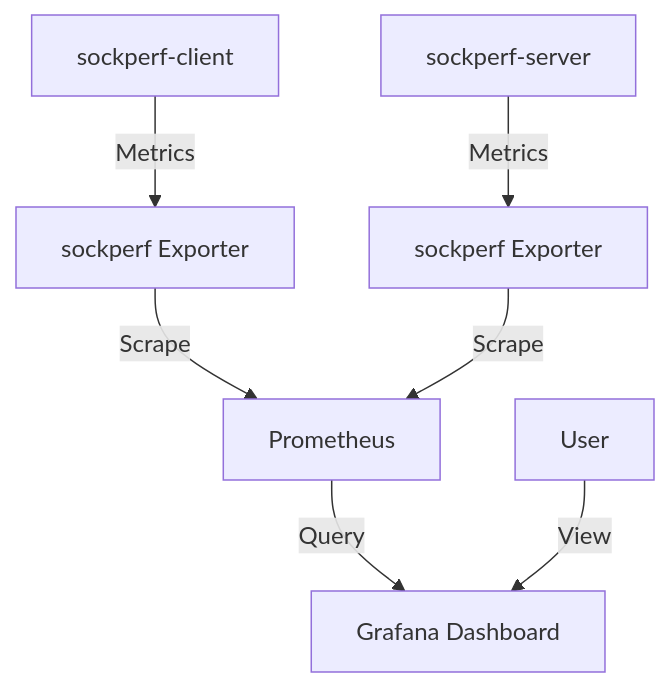
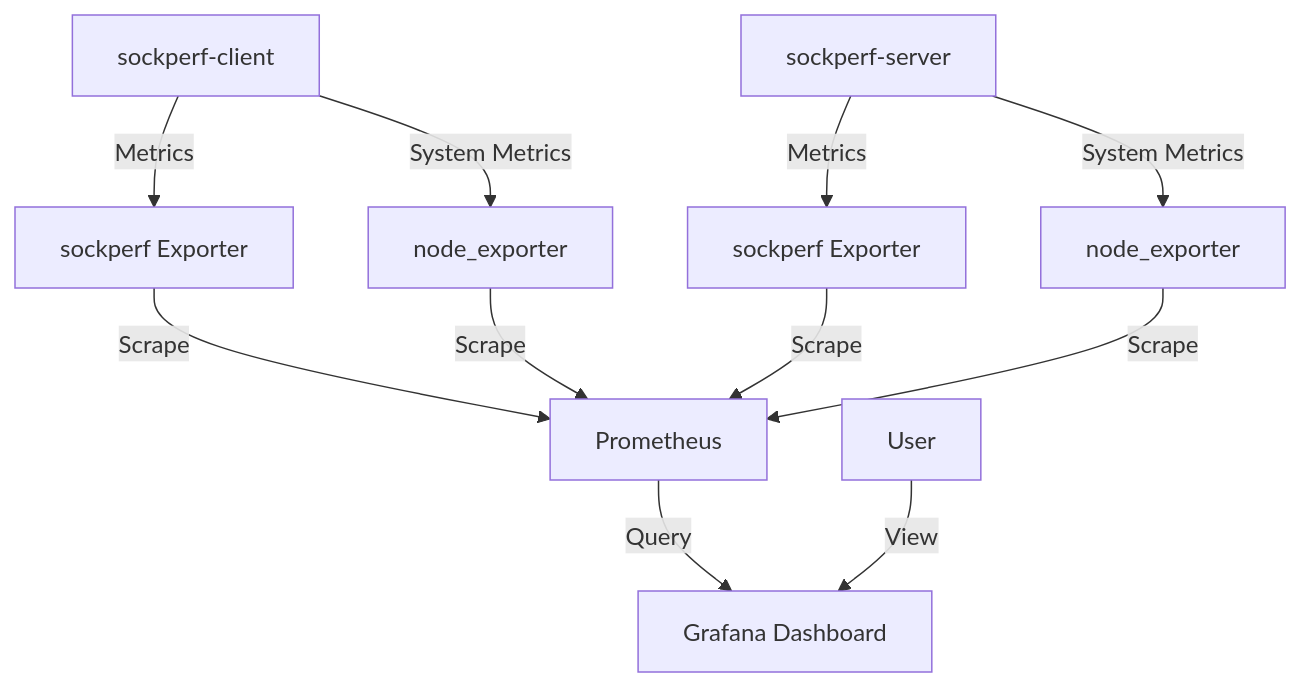
Before and after one commit to zhang1980s/ec2-ena-express-lab: the second of 2 diagrams in README.md, drawn with Mermaid. The commit also changed other lines of this file and 1 other file, not shown here.

Commit message:
Add node_exporter installation and configuration

````diff
--- a/README.md
+++ b/README.md
@@ -418,9 +419,13 @@
 ```mermaid
 graph TD
     CLIENT["sockperf-client"] --> |Metrics| Exporter1["sockperf Exporter"]
     SERVER["sockperf-server"] --> |Metrics| Exporter2["sockperf Exporter"]
+    CLIENT --> |System Metrics| NodeExp1["node_exporter"]
+    SERVER --> |System Metrics| NodeExp2["node_exporter"]
     Exporter1 --> |Scrape| Prometheus["Prometheus"]
     Exporter2 --> |Scrape| Prometheus
+    NodeExp1 --> |Scrape| Prometheus
+    NodeExp2 --> |Scrape| Prometheus
     Prometheus --> |Query| Grafana["Grafana Dashboard"]
     User["User"] --> |View| Grafana
 ```
````
